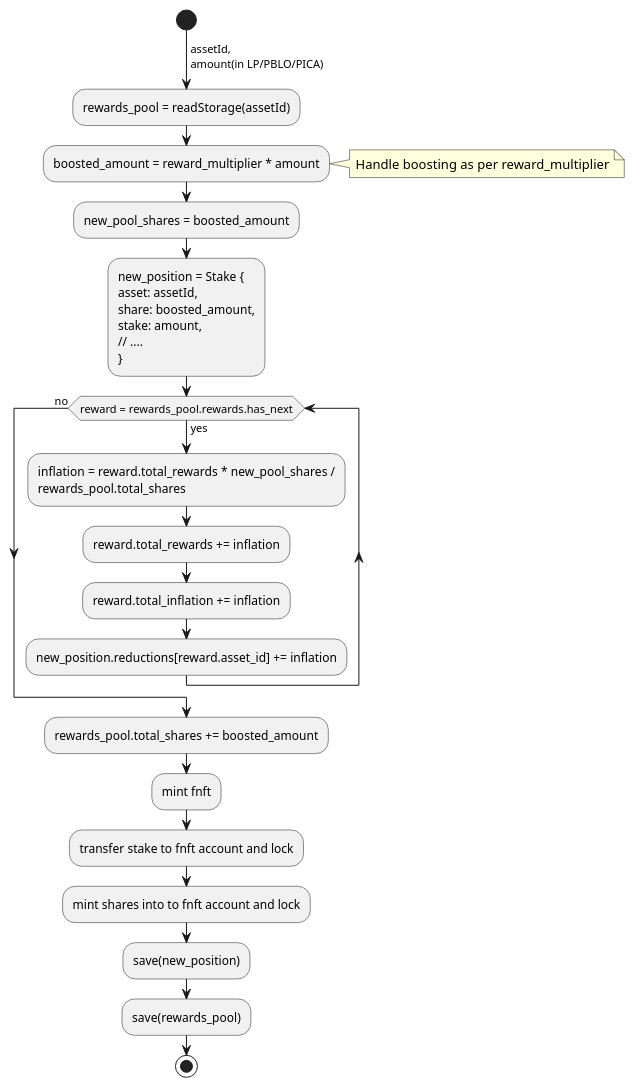
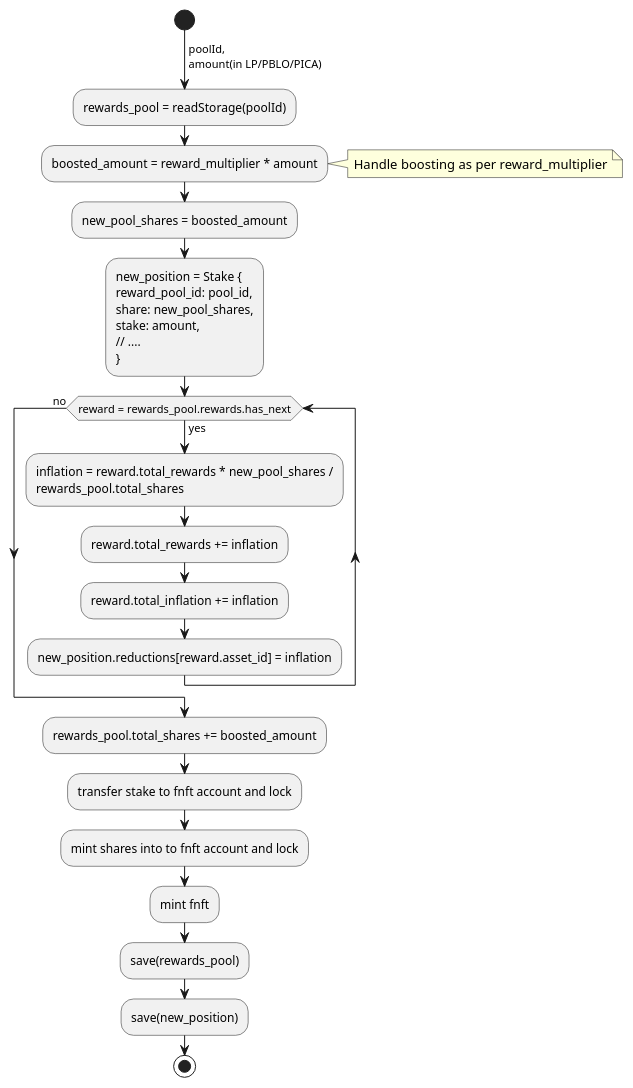
The fourth of 11 diagrams in rfcs/0005-pablo-distribution-assets/0005-pablo-distribution.adoc (ComposableFi/composable), drawn with PlantUML before and after one commit. The commit also changed other lines of this file and 8 other files, not shown here.

```diff
--- a/rfcs/0005-pablo-distribution-assets/0005-pablo-distribution.adoc
+++ b/rfcs/0005-pablo-distribution-assets/0005-pablo-distribution.adoc
@@ -402,28 +386,28 @@
 [plantuml,images/staking,png]
 ----
 start
-->assetId,\namount(in LP/PBLO/PICA);
-:rewards_pool = readStorage(assetId);
+->poolId,\namount(in LP/PBLO/PICA);
+:rewards_pool = readStorage(poolId);
 :boosted_amount = reward_multiplier * amount;
 note right: Handle boosting as per reward_multiplier
 :new_pool_shares = boosted_amount;
 :new_position = Stake {
-asset: assetId,
-share: boosted_amount,
+reward_pool_id: pool_id,
+share: new_pool_shares,
 stake: amount,
 // ....
 };
 while (reward = rewards_pool.rewards.has_next) is (yes)
     :inflation = reward.total_rewards * new_pool_shares /\nrewards_pool.total_shares;
     :reward.total_rewards += inflation;
     :reward.total_inflation += inflation;
-    :new_position.reductions[reward.asset_id] += inflation;
+    :new_position.reductions[reward.asset_id] = inflation;
 endwhile (no)
 :rewards_pool.total_shares += boosted_amount;
-:mint fnft;
 :transfer stake to fnft account and lock;
 :mint shares into to fnft account and lock;
+:mint fnft;
+:save(rewards_pool);
 :save(new_position);
-:save(rewards_pool);
 stop
 ----
```
